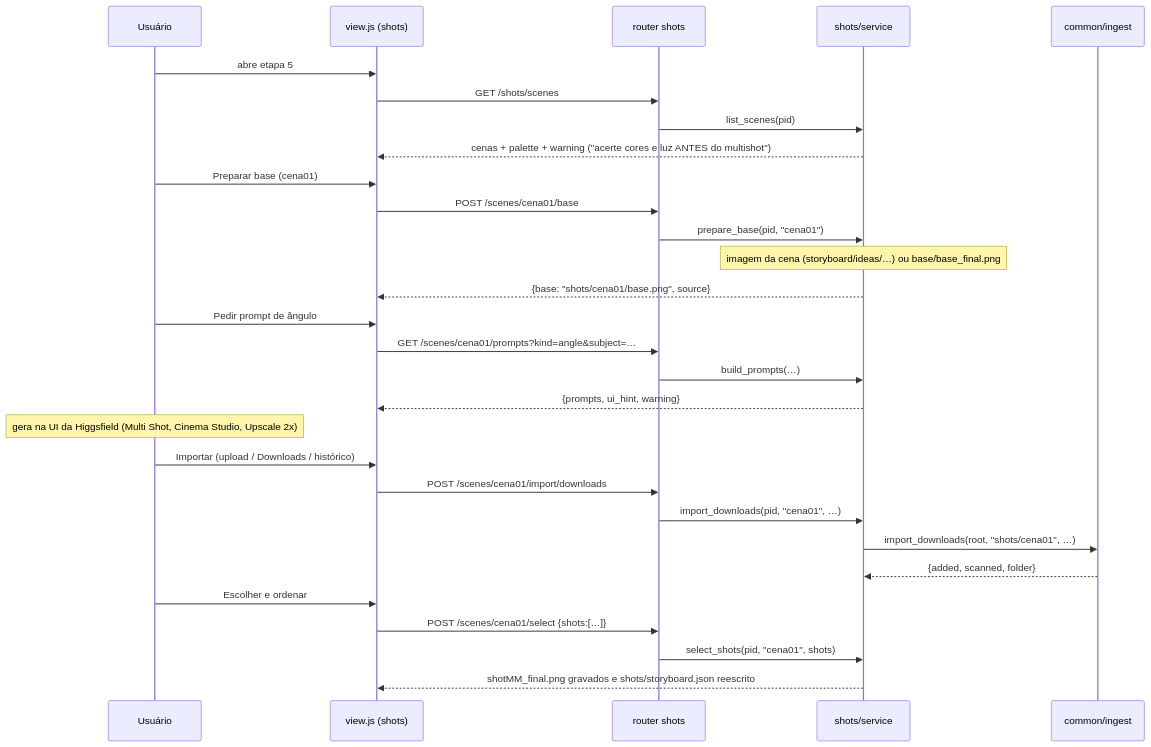
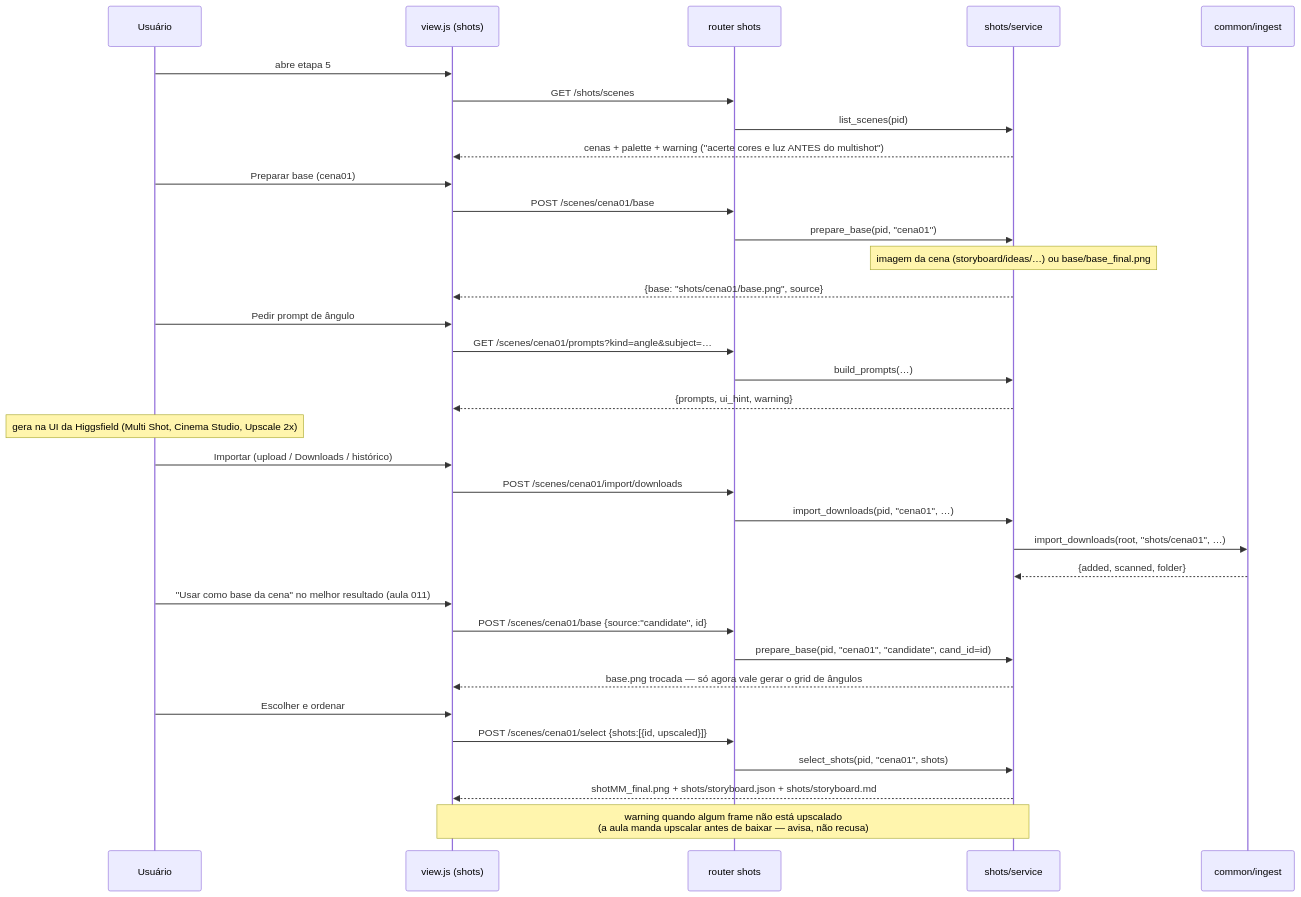
Before and after one commit to Arthur-Diego/orquestrador-studio: the first of 5 diagrams in docs/domains/shots/diagrams/mermaid/shots-fluxo.md, drawn with Mermaid. The commit also changed other lines of this file and 10 other files, not shown here.

````diff
--- a/docs/domains/shots/diagrams/mermaid/shots-fluxo.md
+++ b/docs/domains/shots/diagrams/mermaid/shots-fluxo.md
@@ -7,31 +7,36 @@
 ```mermaid
 sequenceDiagram
   participant U as Usuário
   participant V as view.js (shots)
   participant R as router shots
   participant S as shots/service
   participant I as common/ingest
   U->>V: abre etapa 5
   V->>R: GET /shots/scenes
   R->>S: list_scenes(pid)
   S-->>V: cenas + palette + warning ("acerte cores e luz ANTES do multishot")
   U->>V: Preparar base (cena01)
   V->>R: POST /scenes/cena01/base
   R->>S: prepare_base(pid, "cena01")
   Note over S: imagem da cena (storyboard/ideas/…) ou base/base_final.png
   S-->>V: {base: "shots/cena01/base.png", source}
   U->>V: Pedir prompt de ângulo
   V->>R: GET /scenes/cena01/prompts?kind=angle&subject=…
   R->>S: build_prompts(…)
   S-->>V: {prompts, ui_hint, warning}
   Note over U: gera na UI da Higgsfield (Multi Shot, Cinema Studio, Upscale 2x)
   U->>V: Importar (upload / Downloads / histórico)
   V->>R: POST /scenes/cena01/import/downloads
   R->>S: import_downloads(pid, "cena01", …)
   S->>I: import_downloads(root, "shots/cena01", …)
   I-->>S: {added, scanned, folder}
+  U->>V: "Usar como base da cena" no melhor resultado (aula 011)
+  V->>R: POST /scenes/cena01/base {source:"candidate", id}
+  R->>S: prepare_base(pid, "cena01", "candidate", cand_id=id)
+  S-->>V: base.png trocada — só agora vale gerar o grid de ângulos
   U->>V: Escolher e ordenar
-  V->>R: POST /scenes/cena01/select {shots:[…]}
+  V->>R: POST /scenes/cena01/select {shots:[{id, upscaled}]}
   R->>S: select_shots(pid, "cena01", shots)
-  S-->>V: shotMM_final.png gravados e shots/storyboard.json reescrito
+  S-->>V: shotMM_final.png + shots/storyboard.json + shots/storyboard.md
+  Note over S,V: warning quando algum frame não está upscalado<br/>(a aula manda upscalar antes de baixar — avisa, não recusa)
 ```
````
